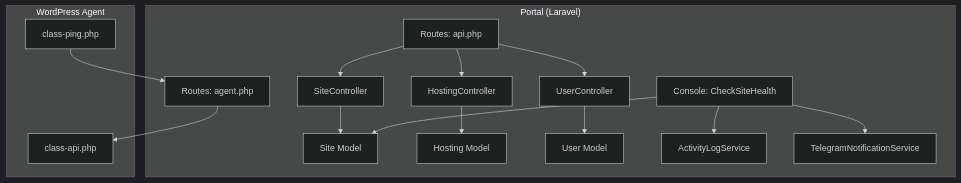
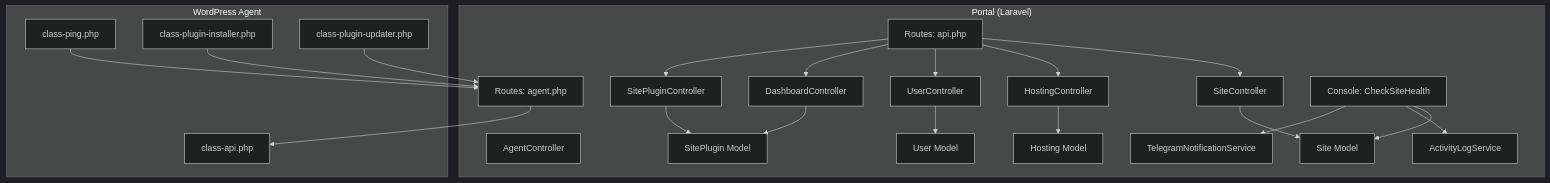
One commit to FCS-WP/website_portal changed the first of 12 diagrams in .qoder/repowiki/en/content/Site Management System/Site Management System.md. Above: the diagram before and after it, drawn with Mermaid (dark theme). The commit also changed other lines of this file and 89 other files, not shown here.

````diff
--- a/.qoder/repowiki/en/content/Site Management System/Site Management System.md
+++ b/.qoder/repowiki/en/content/Site Management System/Site Management System.md
@@ -46,31 +67,43 @@
 ```mermaid
 graph TB
 subgraph "Portal (Laravel)"
 R_API["Routes: api.php"]
 R_AGENT["Routes: agent.php"]
 C_SITE["SiteController"]
 C_HOST["HostingController"]
 C_USER["UserController"]
+C_DASH["DashboardController"]
+C_SITE_PLUGIN["SitePluginController"]
+C_AGENT["AgentController"]
 M_SITE["Site Model"]
 M_HOST["Hosting Model"]
 M_USER["User Model"]
+M_SITE_PLUGIN["SitePlugin Model"]
 CMD_HEALTH["Console: CheckSiteHealth"]
 SVC_LOG["ActivityLogService"]
 SVC_TG["TelegramNotificationService"]
 end
 subgraph "WordPress Agent"
 A_API["class-api.php"]
 A_PING["class-ping.php"]
+A_PLUGIN["class-plugin-installer.php"]
+A_UPDATER["class-plugin-updater.php"]
 end
 R_API --> C_SITE
 R_API --> C_HOST
 R_API --> C_USER
+R_API --> C_DASH
+R_API --> C_SITE_PLUGIN
 R_AGENT --> A_API
 A_PING --> R_AGENT
+A_PLUGIN --> R_AGENT
+A_UPDATER --> R_AGENT
 C_SITE --> M_SITE
 C_HOST --> M_HOST
 C_USER --> M_USER
+C_DASH --> M_SITE_PLUGIN
+C_SITE_PLUGIN --> M_SITE_PLUGIN
 CMD_HEALTH --> M_SITE
 CMD_HEALTH --> SVC_LOG
 CMD_HEALTH --> SVC_TG
 ```
````
